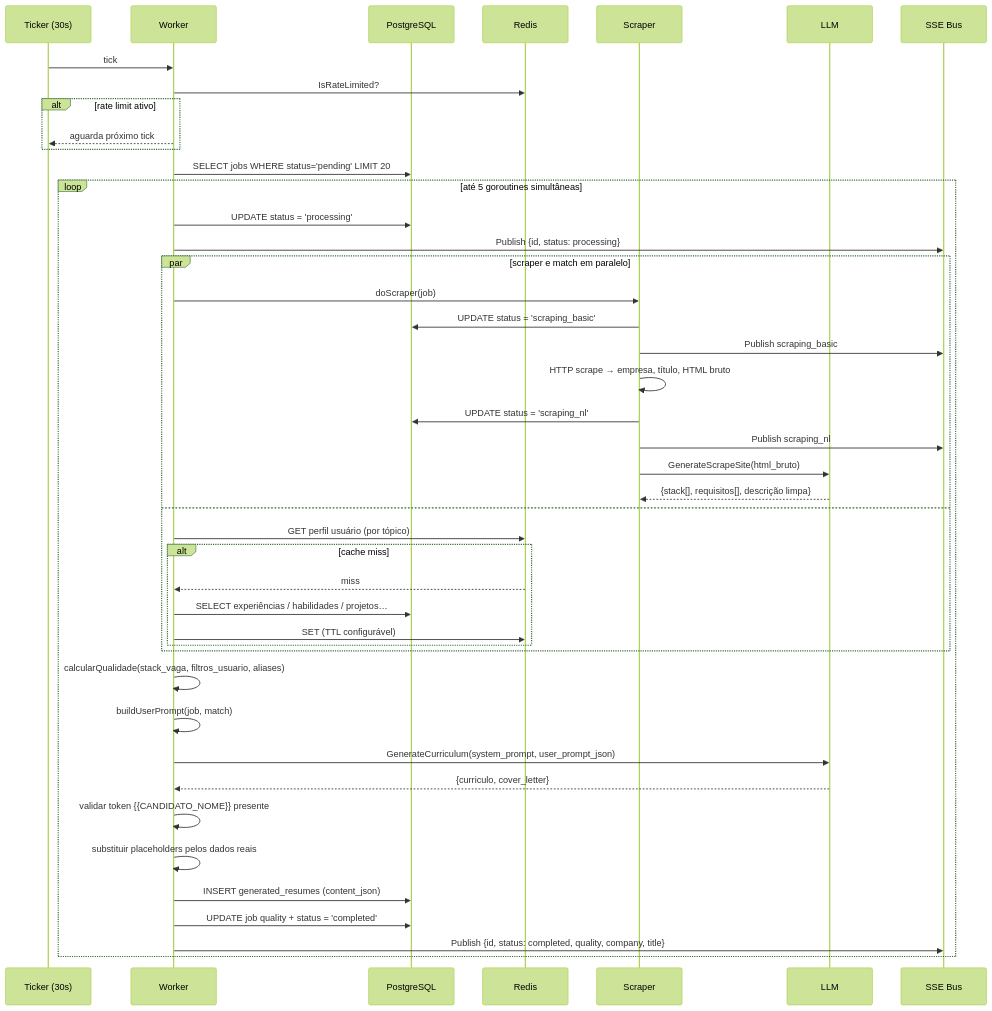
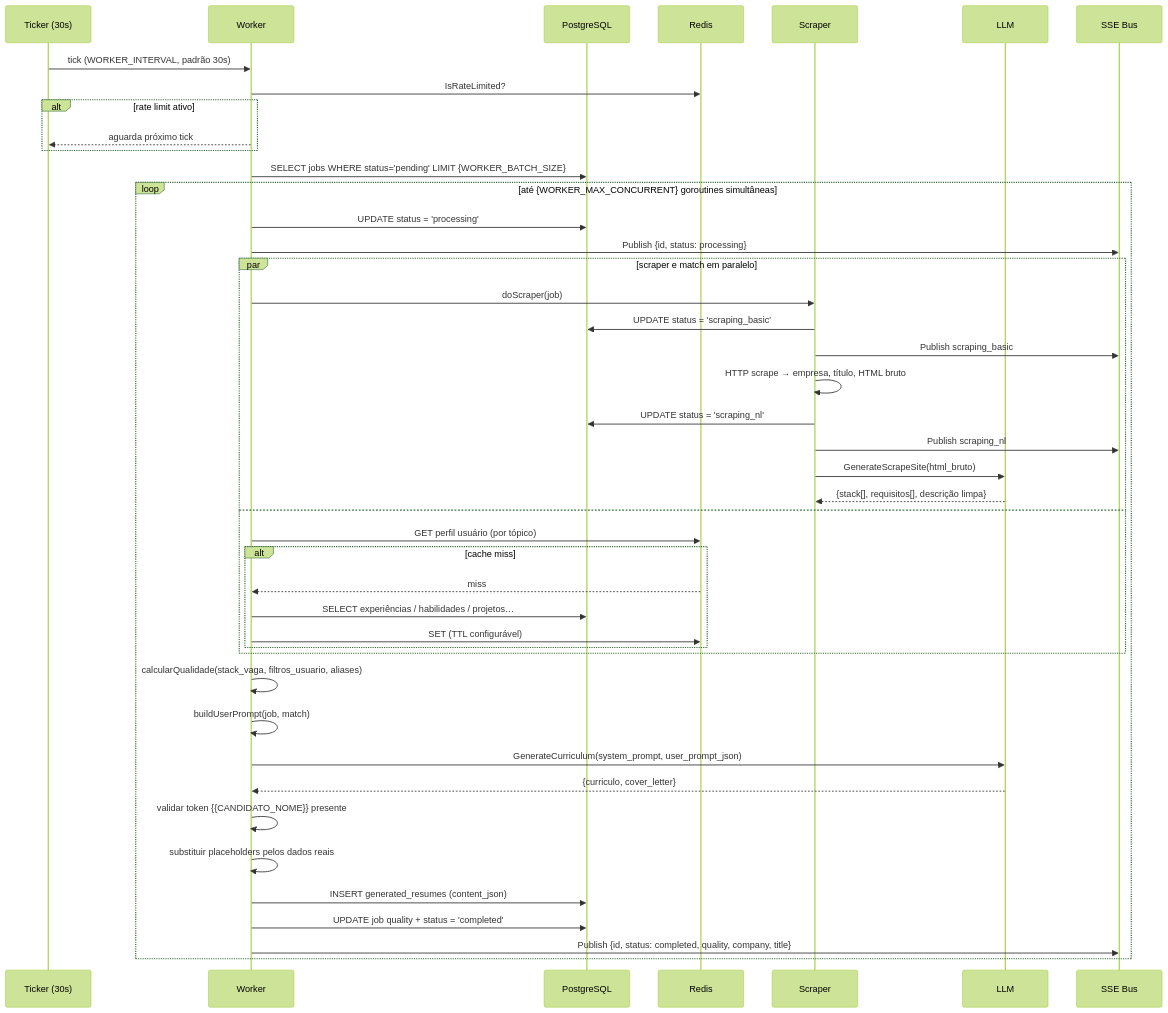
One commit to ZeroPirata/jubilant-fishstick changed the second of 6 diagrams in README.md. Above: the diagram before and after it, drawn with Mermaid (forest theme). The commit also changed other lines of this file and 5 other files, not shown here.

````diff
--- a/README.md
+++ b/README.md
@@ -100,47 +100,47 @@
 ```mermaid
 sequenceDiagram
     participant Ticker as Ticker (30s)
     participant Worker
     participant DB as PostgreSQL
     participant Cache as Redis
     participant Scraper
     participant LLM
     participant SSE as SSE Bus
 
-    Ticker->>Worker: tick
+    Ticker->>Worker: tick (WORKER_INTERVAL, padrão 30s)
     Worker->>Cache: IsRateLimited?
     alt rate limit ativo
         Worker-->>Ticker: aguarda próximo tick
     end
-    Worker->>DB: SELECT jobs WHERE status='pending' LIMIT 20
-    loop até 5 goroutines simultâneas
+    Worker->>DB: SELECT jobs WHERE status='pending' LIMIT {WORKER_BATCH_SIZE}
+    loop até {WORKER_MAX_CONCURRENT} goroutines simultâneas
         Worker->>DB: UPDATE status = 'processing'
         Worker->>SSE: Publish {id, status: processing}
         par scraper e match em paralelo
             Worker->>Scraper: doScraper(job)
             Scraper->>DB: UPDATE status = 'scraping_basic'
             Scraper->>SSE: Publish scraping_basic
             Scraper->>Scraper: HTTP scrape → empresa, título, HTML bruto
             Scraper->>DB: UPDATE status = 'scraping_nl'
             Scraper->>SSE: Publish scraping_nl
             Scraper->>LLM: GenerateScrapeSite(html_bruto)
             LLM-->>Scraper: {stack[], requisitos[], descrição limpa}
         and
             Worker->>Cache: GET perfil usuário (por tópico)
             alt cache miss
                 Cache-->>Worker: miss
                 Worker->>DB: SELECT experiências / habilidades / projetos…
                 Worker->>Cache: SET (TTL configurável)
             end
         end
         Worker->>Worker: calcularQualidade(stack_vaga, filtros_usuario, aliases)
         Worker->>Worker: buildUserPrompt(job, match)
         Worker->>LLM: GenerateCurriculum(system_prompt, user_prompt_json)
         LLM-->>Worker: {curriculo, cover_letter}
         Worker->>Worker: validar token {{CANDIDATO_NOME}} presente
         Worker->>Worker: substituir placeholders pelos dados reais
         Worker->>DB: INSERT generated_resumes (content_json)
         Worker->>DB: UPDATE job quality + status = 'completed'
         Worker->>SSE: Publish {id, status: completed, quality, company, title}
     end
 ```
````
